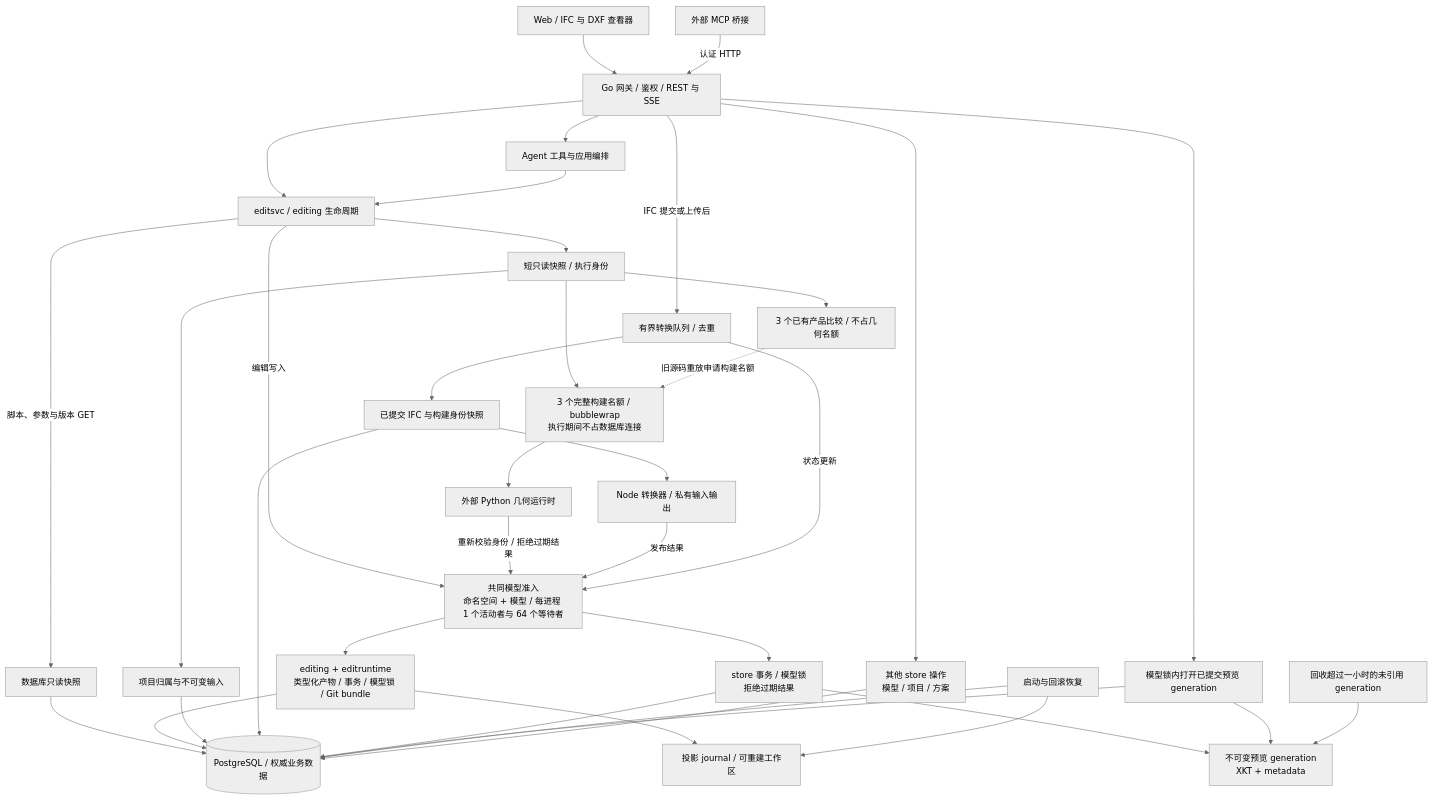
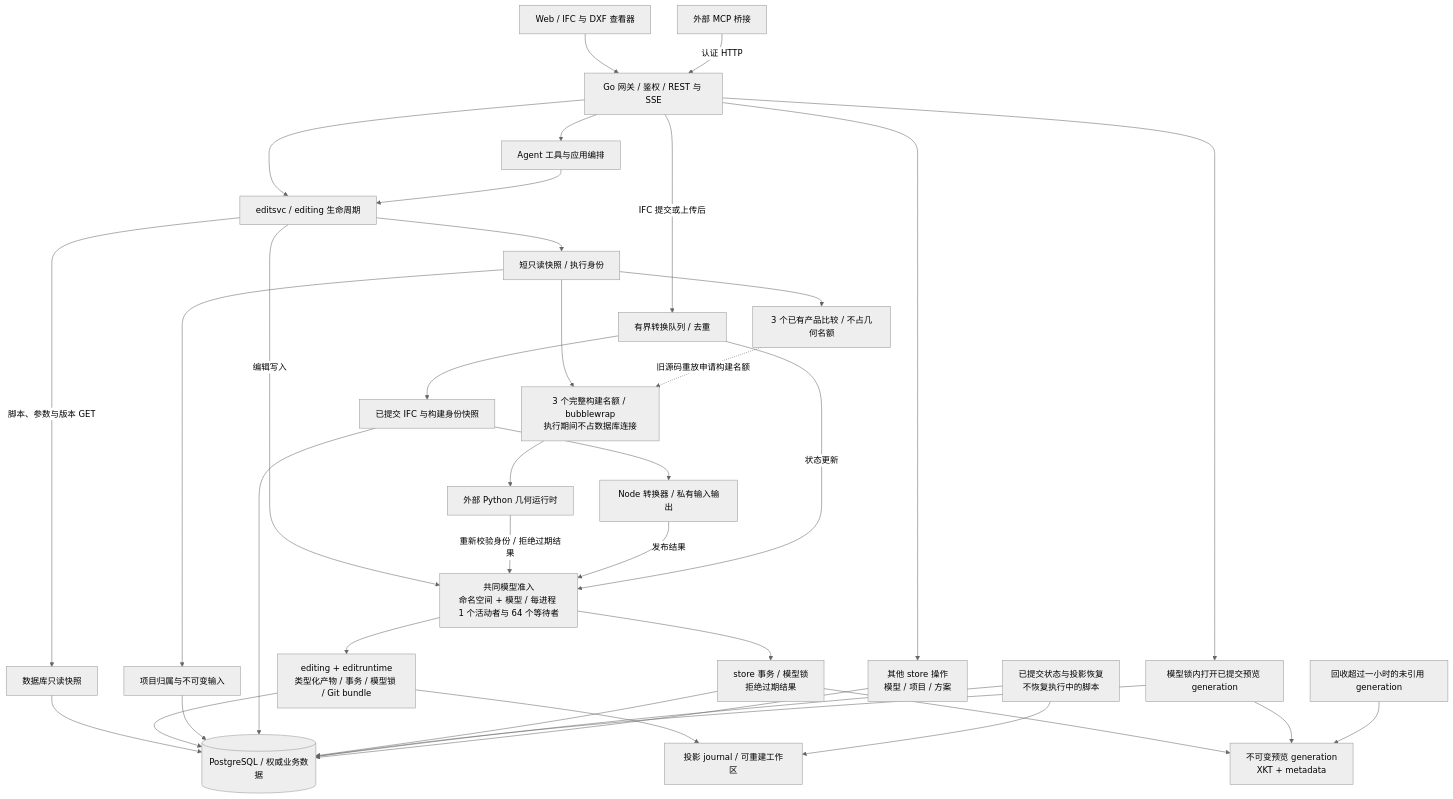
Before and after one commit to 0702hjj/SourceAEC: the first of 2 diagrams in README.zh-CN.md, drawn with Mermaid (neutral theme). The commit also changed 9 other files, not shown here.

````diff
--- a/README.zh-CN.md
+++ b/README.zh-CN.md
@@ -16,39 +16,39 @@
 ```mermaid
 flowchart TB
     WEB[Web / IFC 与 DXF 查看器] --> API[Go 网关 / 鉴权 / REST 与 SSE]
     MCP[外部 MCP 桥接] -->|认证 HTTP| API
     API --> AGENT[Agent 工具与应用编排]
     API --> EDIT[editsvc / editing 生命周期]
     AGENT --> EDIT
     EDIT -->|脚本、参数与版本 GET| READ[数据库只读快照]
     READ --> PG[(PostgreSQL / 权威业务数据)]
     EDIT -->|编辑写入| GATE[共同模型准入<br/>命名空间 + 模型 / 每进程 1 个活动者与 64 个等待者]
     GATE --> WRITE[editing + editruntime<br/>类型化产物 / 事务 / 模型锁 / Git bundle]
     WRITE --> PG
     EDIT --> PREP[短只读快照 / 执行身份]
     PREP --> INPUT[项目归属与不可变输入]
     INPUT --> PG
     PREP --> SANDBOX[3 个完整构建名额 / bubblewrap<br/>执行期间不占数据库连接]
     PREP --> COMPARE[3 个已有产品比较 / 不占几何名额]
     COMPARE -.->|旧源码重放申请构建名额| SANDBOX
     SANDBOX --> PY[外部 Python 几何运行时]
     PY -->|重新校验身份 / 拒绝过期结果| GATE
     WRITE --> JOURNAL[投影 journal / 可重建工作区]
     API -->|IFC 提交或上传后| QUEUE[有界转换队列 / 去重]
     QUEUE --> SOURCE[已提交 IFC 与构建身份快照]
     SOURCE --> PG
     SOURCE --> NODE[Node 转换器 / 私有输入输出]
     NODE -->|发布结果| GATE
     QUEUE -->|状态更新| GATE
     GATE --> DERIVED[store 事务 / 模型锁<br/>拒绝过期结果]
     DERIVED --> PG
     DERIVED --> CACHE[不可变预览 generation<br/>XKT + metadata]
     API --> VIEW[模型锁内打开已提交预览 generation]
     VIEW --> PG
     VIEW --> CACHE
     GC[回收超过一小时的未引用 generation] --> CACHE
-    RECOVER[启动与回滚恢复] --> PG
+    RECOVER[已提交状态与投影恢复<br/>不恢复执行中的脚本] --> PG
     RECOVER --> JOURNAL
     API --> OTHER[其他 store 操作<br/>模型 / 项目 / 方案]
     OTHER --> PG
 ```
````
